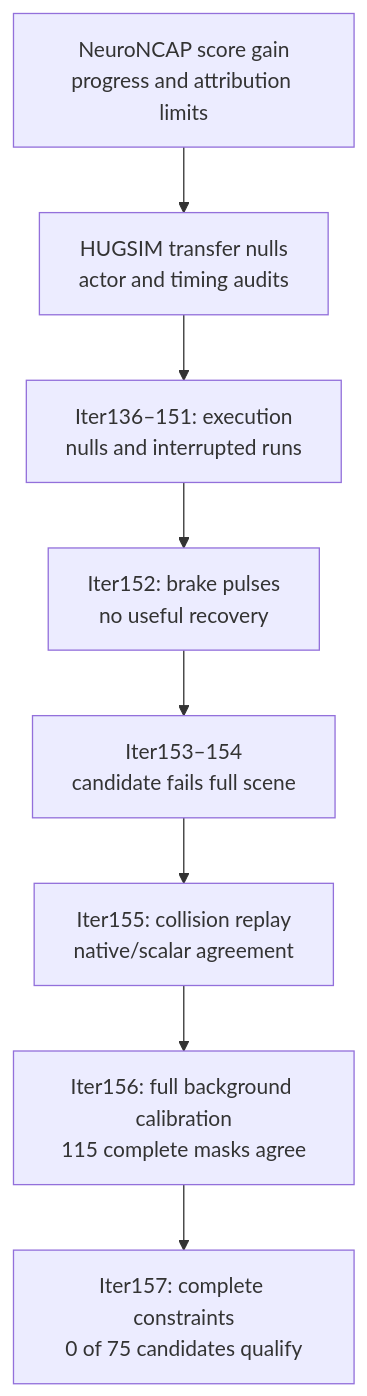
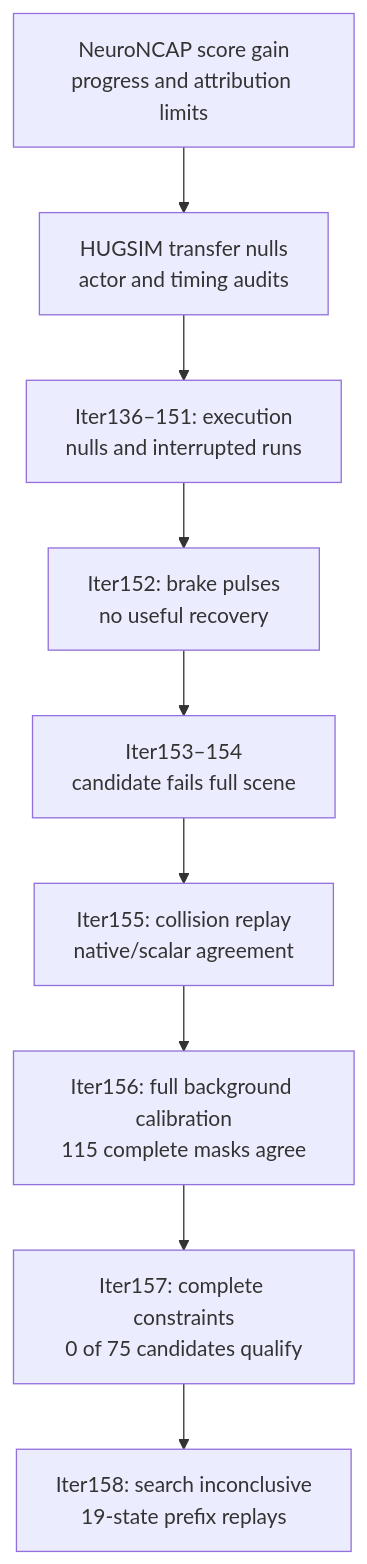
Before and after one commit to manfromnowhere143/sentinel: the second of 3 diagrams in README.md, drawn with Mermaid. The commit also changed other lines of this file and 41 other files, not shown here.

Commit message:
Close the inconclusive actuator search and advance the evidence contract

````diff
--- a/README.md
+++ b/README.md
@@ -227,12 +227,13 @@
 ```mermaid
 flowchart TB
   accTitle: How the evidence changed the research question
   accDescr: Benchmark gains and transfer nulls lead to recovery tests, a failed model candidate, and a verified background collision witness.
   N["NeuroNCAP score gain<br/>progress and attribution limits"] --> T["HUGSIM transfer nulls<br/>actor and timing audits"]
   T --> E["Iter136–151: execution<br/>nulls and interrupted runs"]
   E --> P["Iter152: brake pulses<br/>no useful recovery"]
   P --> M["Iter153–154<br/>candidate fails full scene"]
   M --> W["Iter155: collision replay<br/>native/scalar agreement"]
   W --> C["Iter156: full background calibration<br/>115 complete masks agree"]
   C --> L["Iter157: complete constraints<br/>0 of 75 candidates qualify"]
+  L --> A["Iter158: search inconclusive<br/>19-state prefix replays"]
 ```
````
